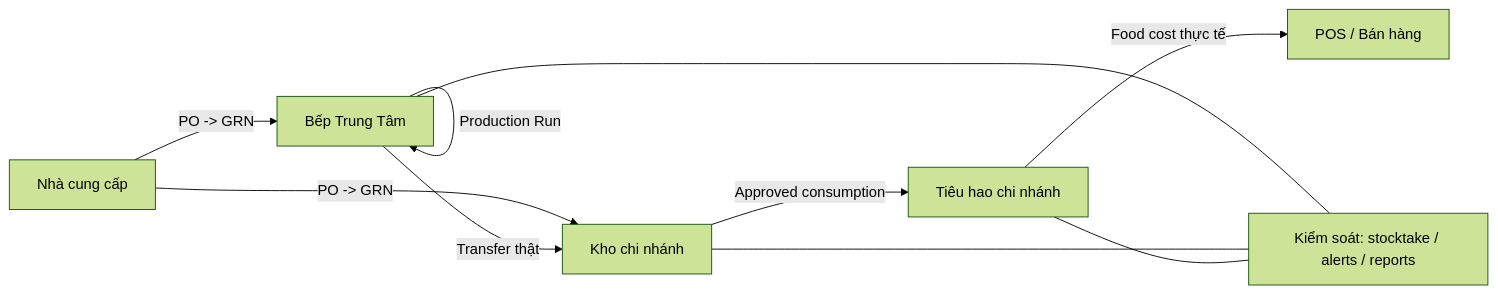
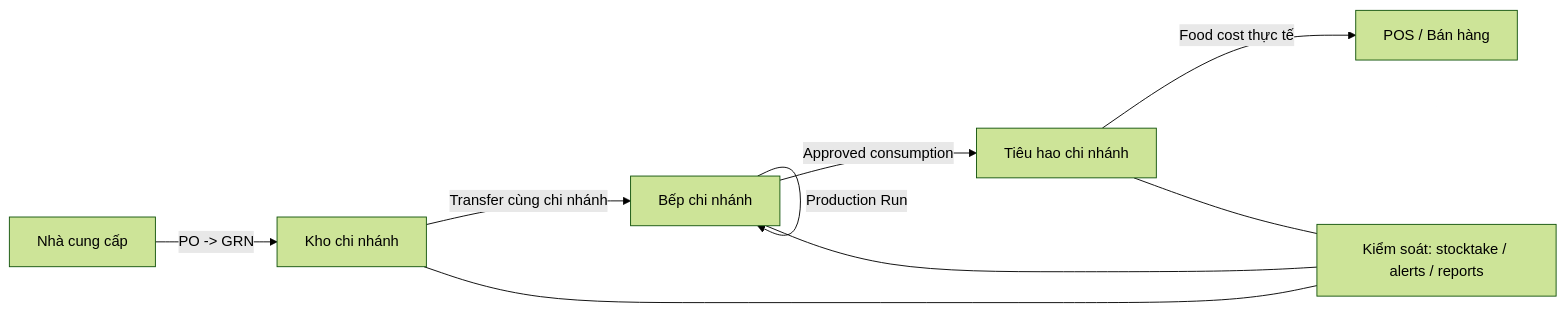
Before and after one commit to comtammatu/comtammatu: the first of 4 diagrams in docs/spec/inventory-overview-diagrams.md, drawn with Mermaid (forest theme). The commit also changed other lines of this file and 16 other files, not shown here.

````diff
--- a/docs/spec/inventory-overview-diagrams.md
+++ b/docs/spec/inventory-overview-diagrams.md
@@ -15,22 +15,21 @@
 ```mermaid
 flowchart LR
     SUP["Nhà cung cấp"]
-    CK["Bếp Trung Tâm"]
     BW["Kho chi nhánh"]
+    BK["Bếp chi nhánh"]
     CONS["Tiêu hao chi nhánh"]
     POS["POS / Bán hàng"]
     CTRL["Kiểm soát: stocktake / alerts / reports"]
 
-    SUP -->|"PO -> GRN"| CK
     SUP -->|"PO -> GRN"| BW
 
-    CK -->|"Production Run"| CK
-    CK -->|"Transfer thật"| BW
+    BW -->|"Transfer cùng chi nhánh"| BK
+    BK -->|"Production Run"| BK
 
-    BW -->|"Approved consumption"| CONS
+    BK -->|"Approved consumption"| CONS
     CONS -->|"Food cost thực tế"| POS
 
-    CK --- CTRL
     BW --- CTRL
+    BK --- CTRL
     CONS --- CTRL
 ```
````
